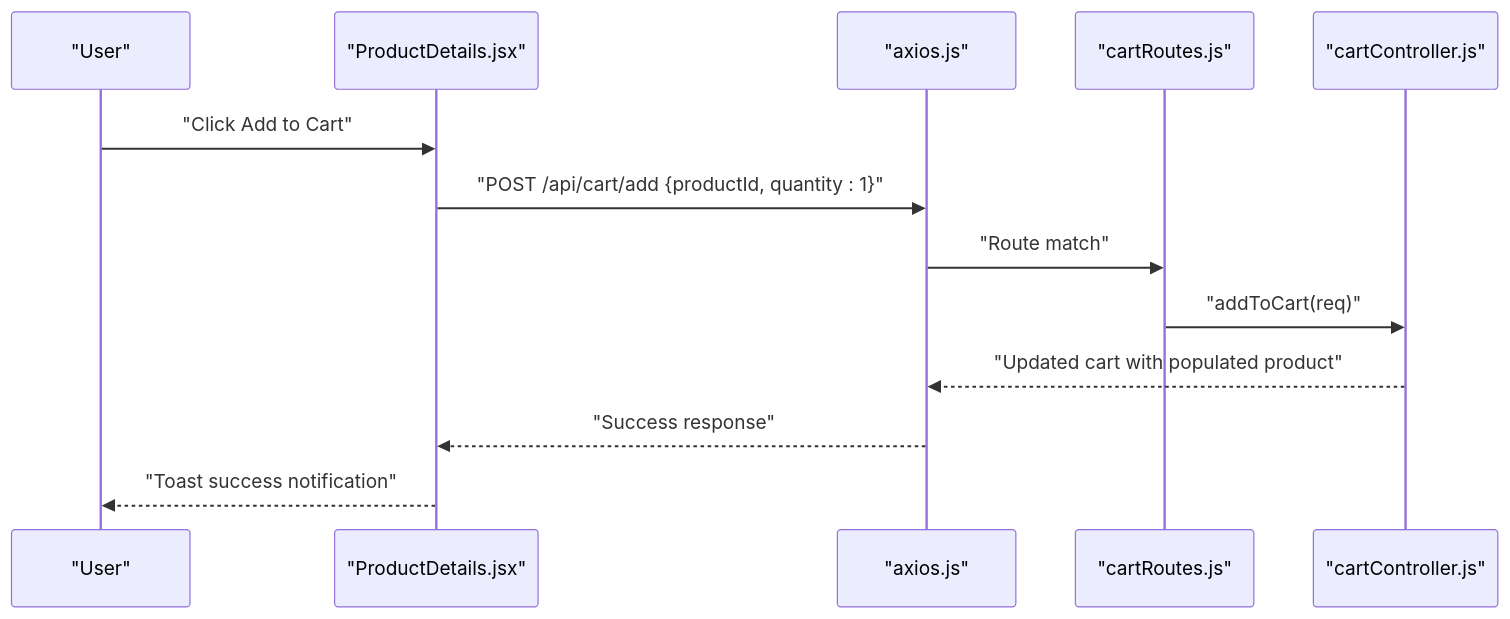
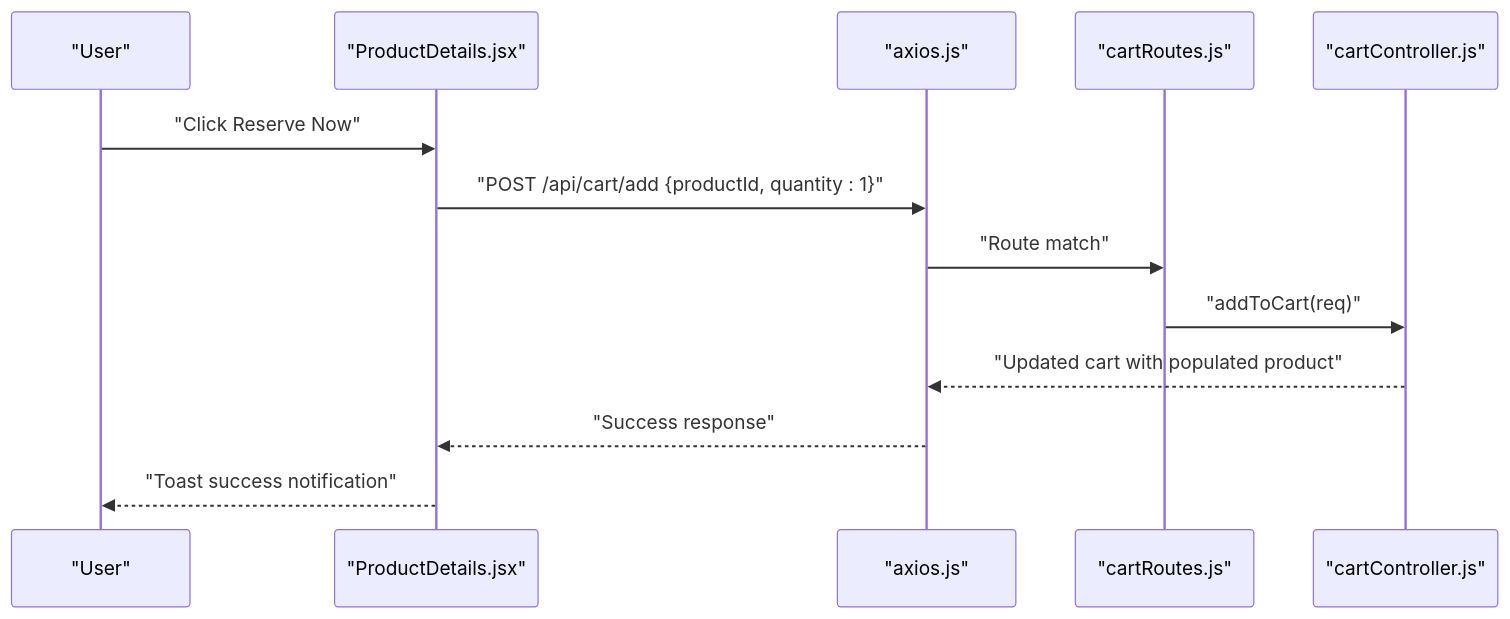
The fourth of 5 diagrams in .qoder/repowiki/en/content/Shopping Experience/Product Details & Selection.md (Pavan-PSPK9032/TrendsandToss), drawn with Mermaid before and after one commit. The commit also changed other lines of this file and 9 other files, not shown here.

````diff
--- a/.qoder/repowiki/en/content/Shopping Experience/Product Details & Selection.md
+++ b/.qoder/repowiki/en/content/Shopping Experience/Product Details & Selection.md
@@ -291,15 +294,15 @@
 ```mermaid
 sequenceDiagram
 participant U as "User"
 participant PD as "ProductDetails.jsx"
 participant AX as "axios.js"
 participant CR as "cartRoutes.js"
 participant CC as "cartController.js"
-U->>PD : "Click Add to Cart"
+U->>PD : "Click Reserve Now"
 PD->>AX : "POST /api/cart/add {productId, quantity : 1}"
 AX->>CR : "Route match"
 CR->>CC : "addToCart(req)"
 CC-->>AX : "Updated cart with populated product"
 AX-->>PD : "Success response"
 PD-->>U : "Toast success notification"
 ```
````
